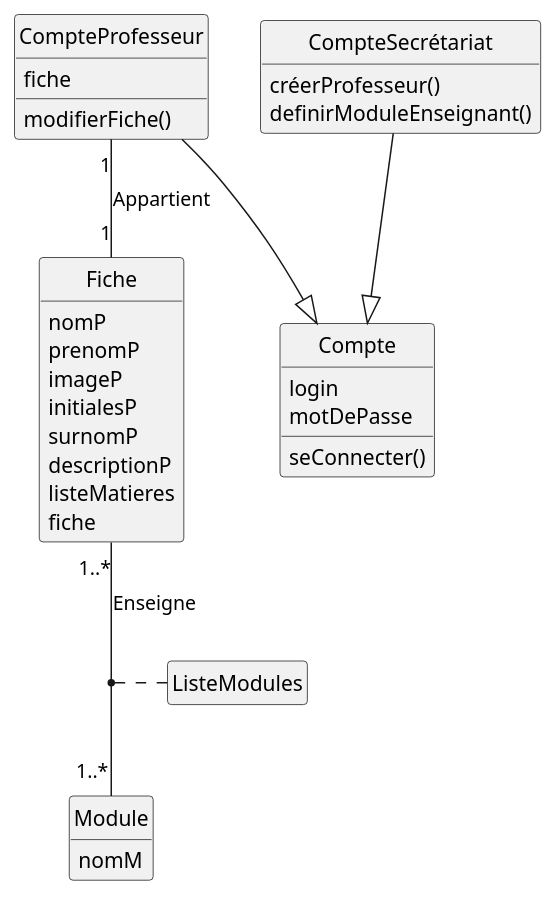
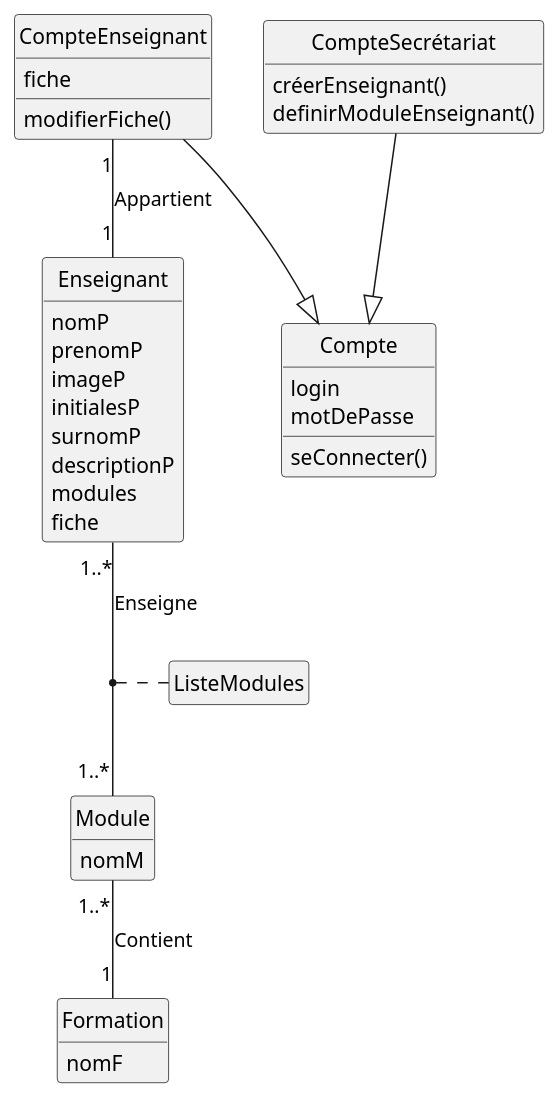
The diagram in analyse/projet/Diagramme des classe probables de l’application/ApplicationClasses.plantuml (IUT-Blagnac/bcoo-retro2021-bcoo-retro2021-g14), drawn with PlantUML before and after one commit.

Commit message:
update diagramme

```diff
--- a/analyse/projet/Diagramme des classe probables de l’application/ApplicationClasses.plantuml
+++ b/analyse/projet/Diagramme des classe probables de l’application/ApplicationClasses.plantuml
@@ -1,78 +1,87 @@
 @startuml ClassesProbables
 '--------------------------------
 ' Parametres pour le dessin
 '--------------------------------
 hide circle
 hide empty members
 hide empty methods
 '--------------------------------
 
 
 '--------------------------------
 'Partie serveur 
 '--------------------------------
-class Fiche 
+class Enseignant 
 {
   nomP
   prenomP
   imageP
   initialesP
   surnomP
   descriptionP
-  listeMatieres
+  modules
   fiche
 
 }
 
 
 
 
 class Module
 {
     nomM
 }
 
 
+class Formation
+{
+  nomF
+}
+
+
+
+
 
 
 class Compte
 {
     login 
     motDePasse
     
 
     seConnecter()
 }
 
-class CompteProfesseur
+class CompteEnseignant
 {
    fiche
 
    modifierFiche()
 }
 
 class CompteSecrétariat
 {
-   créerProfesseur()
+   créerEnseignant()
    definirModuleEnseignant()
 }
 
 
 
 
-CompteProfesseur --|> Compte
+CompteEnseignant --|> Compte
 CompteSecrétariat --|> Compte
 
 
 
-Fiche "1..*"--"1..*" Module : Enseigne
-CompteProfesseur "1" -- "1" Fiche : Appartient
+Enseignant "1..*"--"1..*" Module : Enseigne
+CompteEnseignant "1" -- "1" Enseignant : Appartient
+Module "1..*"--"1" Formation : Contient
 
 
-(Fiche, Module) . ListeModules
+(Enseignant, Module) . ListeModules
 
 
 '---------------------------------
  
 
 @enduml
```
